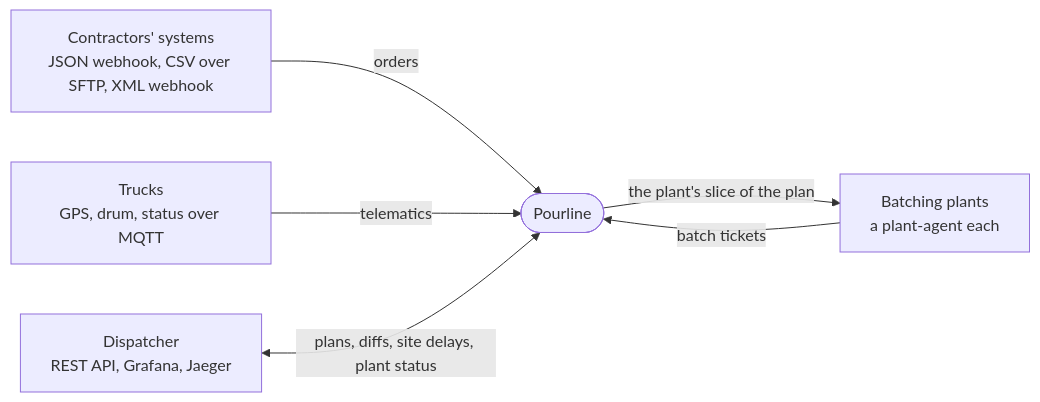
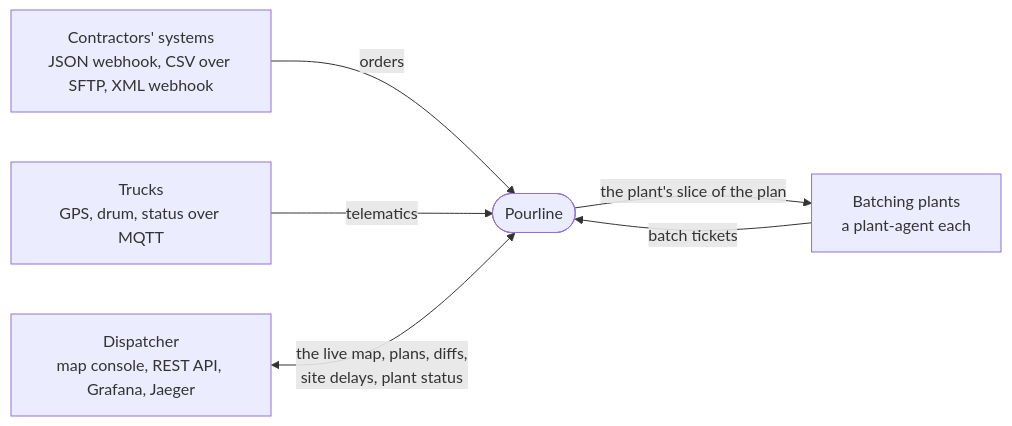
One commit to igorilic/rmc-dispatch-platform changed the first of 9 diagrams in docs/architecture.md. Above: the diagram before and after it, drawn with Mermaid. The commit also changed other lines of this file and 4 other files, not shown here.

First line of the commit message:
docs: the map console (M10 step 9)

````diff
--- a/docs/architecture.md
+++ b/docs/architecture.md
@@ -23,13 +24,13 @@
 ```mermaid
 flowchart LR
     contractors["Contractors' systems<br/>JSON webhook, CSV over SFTP, XML webhook"]
     trucks["Trucks<br/>GPS, drum, status over MQTT"]
     plants["Batching plants<br/>a plant-agent each"]
-    dispatcher["Dispatcher<br/>REST API, Grafana, Jaeger"]
+    dispatcher["Dispatcher<br/>map console, REST API, Grafana, Jaeger"]
     pourline(["Pourline"])
     contractors -- orders --> pourline
     trucks -- telematics --> pourline
     plants -- batch tickets --> pourline
     pourline -- "the plant's slice of the plan" --> plants
-    dispatcher <-- "plans, diffs, site delays, plant status" --> pourline
+    dispatcher <-- "the live map, plans, diffs,<br/>site delays, plant status" --> pourline
 ```
````
